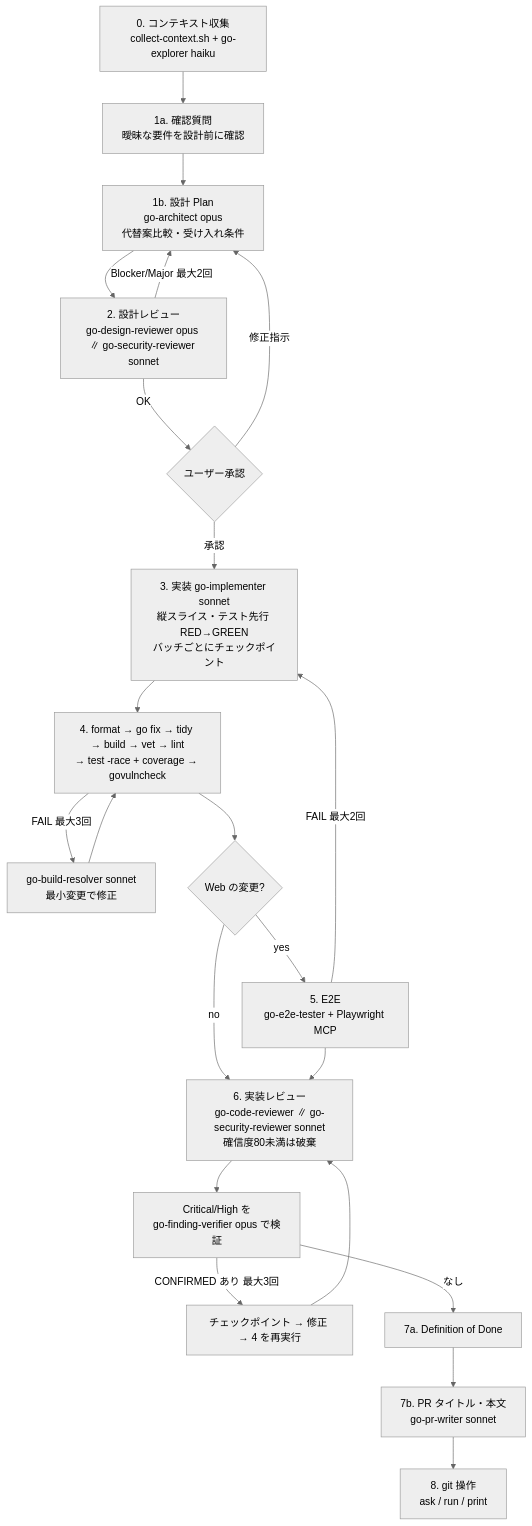
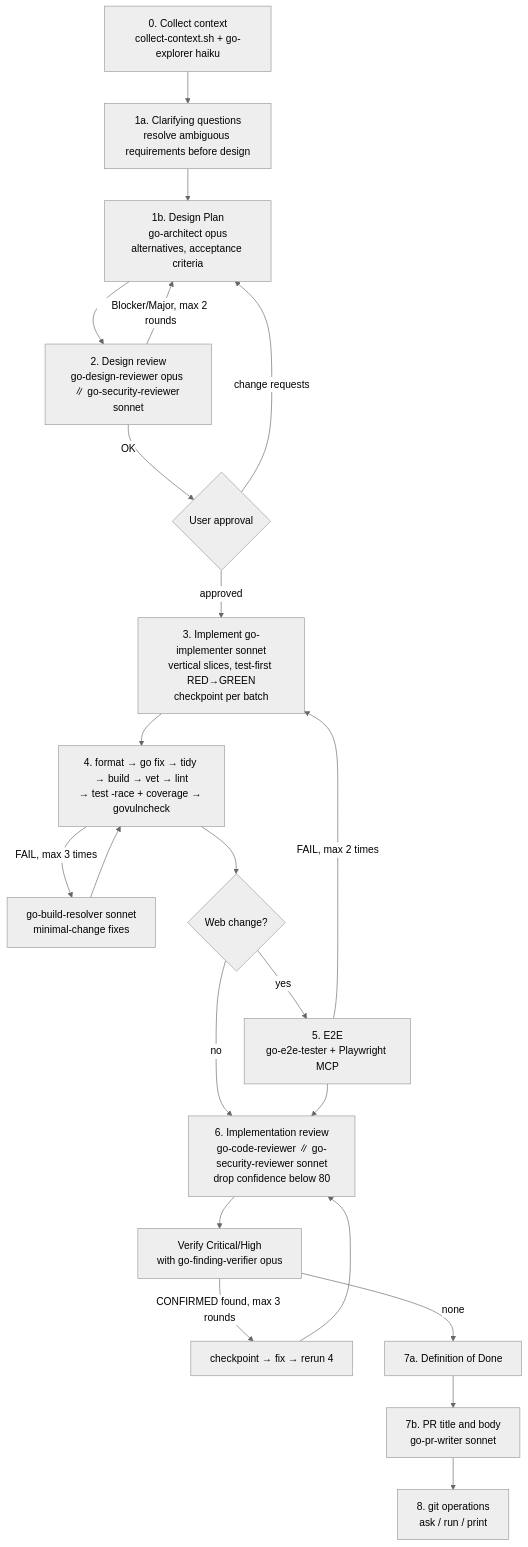
The diagram in plugins/go-workflow/README.md (keneanderson/claude-go-workflow), drawn with Mermaid (neutral theme) before and after one commit. The commit also changed other lines of this file and 37 other files, not shown here.

````diff
--- a/plugins/go-workflow/README.md
+++ b/plugins/go-workflow/README.md
@@ -19,24 +19,24 @@
 ```mermaid
 flowchart TD
-  P0[0. コンテキスト収集<br/>collect-context.sh + go-explorer haiku] --> Q[1a. 確認質問<br/>曖昧な要件を設計前に確認]
-  Q --> P1[1b. 設計 Plan<br/>go-architect opus<br/>代替案比較・受け入れ条件]
-  P1 --> P2[2. 設計レビュー<br/>go-design-reviewer opus ∥ go-security-reviewer sonnet]
-  P2 -- Blocker/Major 最大2回 --> P1
-  P2 -- OK --> G{ユーザー承認}
-  G -- 修正指示 --> P1
-  G -- 承認 --> P3[3. 実装 go-implementer sonnet<br/>縦スライス・テスト先行 RED→GREEN<br/>バッチごとにチェックポイント]
+  P0[0. Collect context<br/>collect-context.sh + go-explorer haiku] --> Q[1a. Clarifying questions<br/>resolve ambiguous requirements before design]
+  Q --> P1[1b. Design Plan<br/>go-architect opus<br/>alternatives, acceptance criteria]
+  P1 --> P2[2. Design review<br/>go-design-reviewer opus ∥ go-security-reviewer sonnet]
+  P2 -- Blocker/Major, max 2 rounds --> P1
+  P2 -- OK --> G{User approval}
+  G -- change requests --> P1
+  G -- approved --> P3[3. Implement go-implementer sonnet<br/>vertical slices, test-first RED→GREEN<br/>checkpoint per batch]
   P3 --> P4[4. format → go fix → tidy → build → vet → lint<br/>→ test -race + coverage → govulncheck]
-  P4 -- FAIL 最大3回 --> R[go-build-resolver sonnet<br/>最小変更で修正]
+  P4 -- FAIL, max 3 times --> R[go-build-resolver sonnet<br/>minimal-change fixes]
   R --> P4
-  P4 --> W{Web の変更?}
+  P4 --> W{Web change?}
   W -- yes --> P5[5. E2E<br/>go-e2e-tester + Playwright MCP]
-  P5 -- FAIL 最大2回 --> P3
+  P5 -- FAIL, max 2 times --> P3
   W -- no --> P6
-  P5 --> P6[6. 実装レビュー<br/>go-code-reviewer ∥ go-security-reviewer sonnet<br/>確信度80未満は破棄]
-  P6 --> V[Critical/High を<br/>go-finding-verifier opus で検証]
-  V -- CONFIRMED あり 最大3回 --> F[チェックポイント → 修正 → 4 を再実行]
+  P5 --> P6[6. Implementation review<br/>go-code-reviewer ∥ go-security-reviewer sonnet<br/>drop confidence below 80]
+  P6 --> V[Verify Critical/High<br/>with go-finding-verifier opus]
+  V -- CONFIRMED found, max 3 rounds --> F[checkpoint → fix → rerun 4]
   F --> P6
-  V -- なし --> D[7a. Definition of Done]
-  D --> P7[7b. PR タイトル・本文<br/>go-pr-writer sonnet]
-  P7 --> P8[8. git 操作<br/>ask / run / print]
+  V -- none --> D[7a. Definition of Done]
+  D --> P7[7b. PR title and body<br/>go-pr-writer sonnet]
+  P7 --> P8[8. git operations<br/>ask / run / print]
 ```
````
